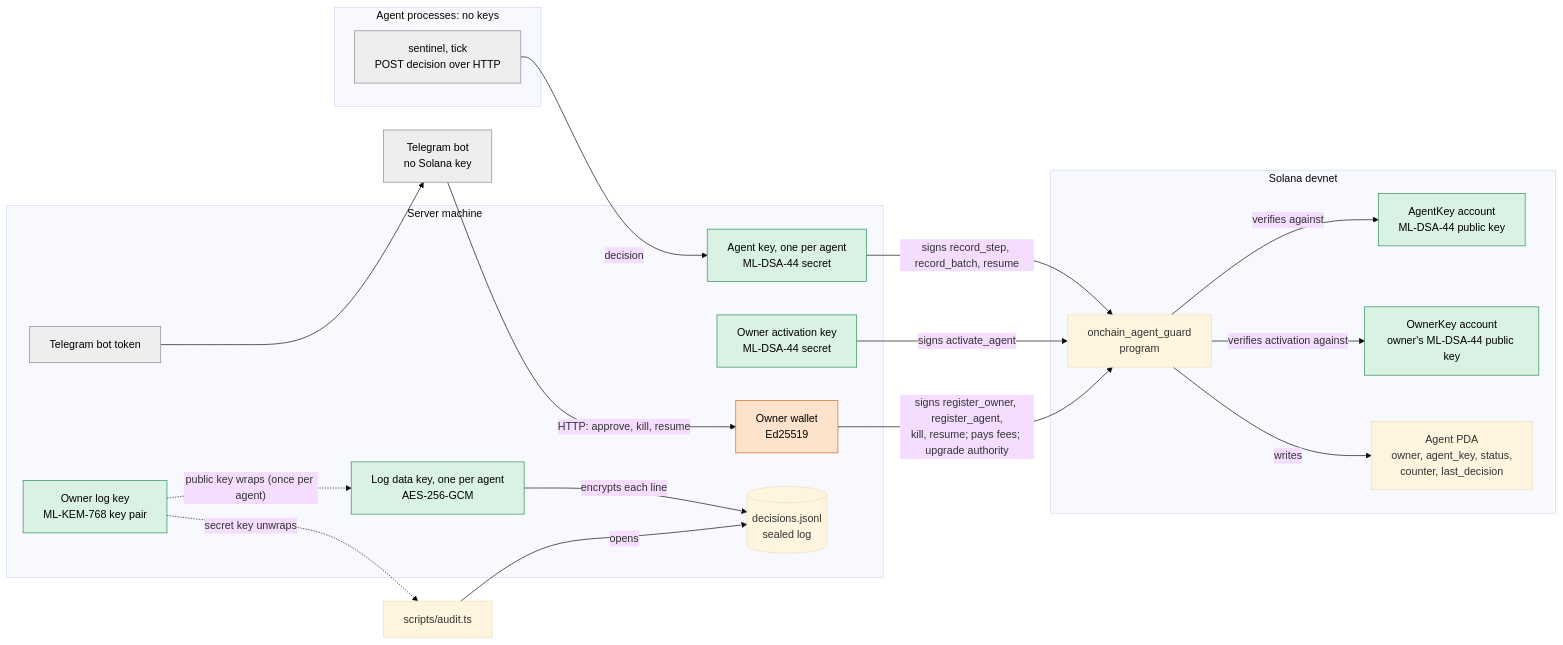
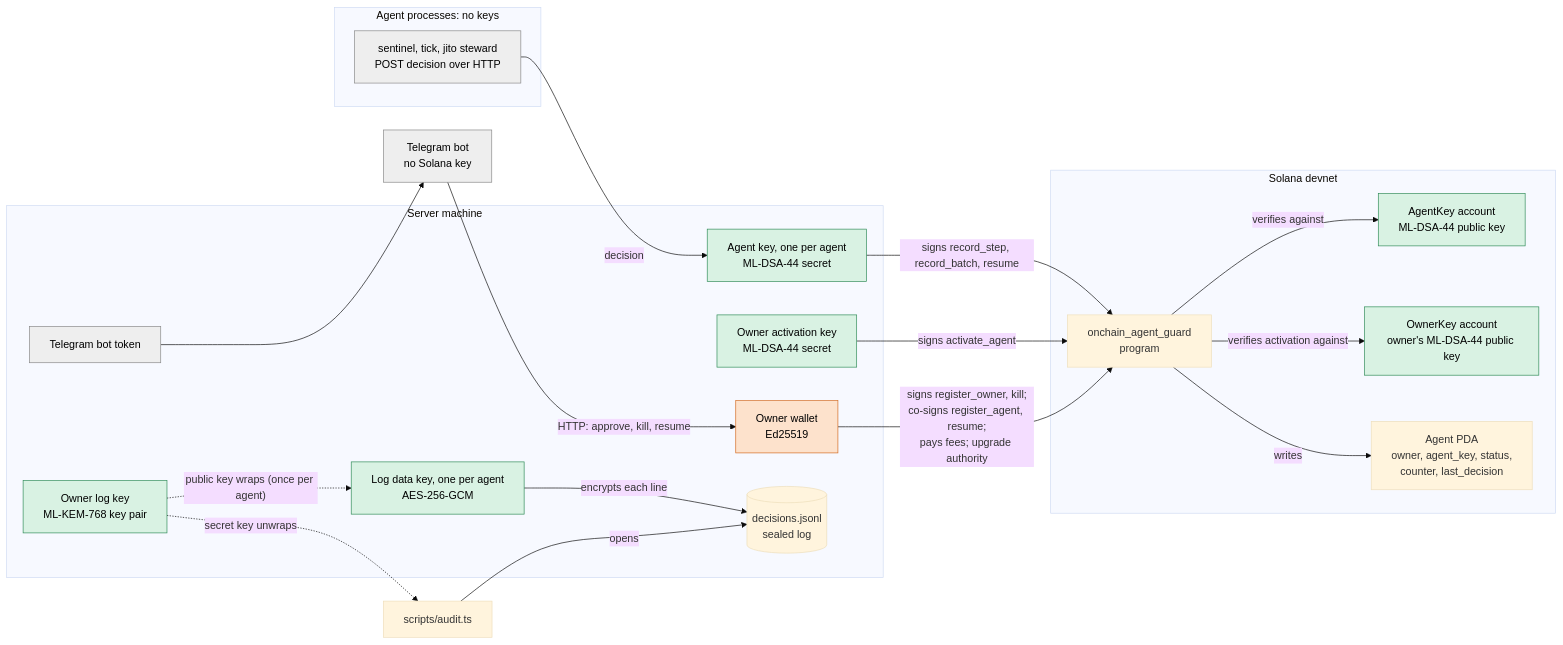
Before and after one commit to jakubGodula/Oberek: the diagram in spec/keys.md, drawn with Mermaid (base theme).

Commit message:
spec: klucze - diagram zgodny z tabela (portfel podpisuje register_owner i kill, wspolpodpisuje register_agent i resume) i z agentem jito

````diff
--- a/spec/keys.md
+++ b/spec/keys.md
@@ -20,47 +20,47 @@
 ```mermaid
 flowchart LR
     subgraph Agents["Agent processes: no keys"]
-        AP["sentinel, tick<br/>POST decision over HTTP"]
+        AP["sentinel, tick, jito steward<br/>POST decision over HTTP"]
     end
 
     subgraph Server["Server machine"]
         MLDSA["Agent key, one per agent<br/>ML-DSA-44 secret"]
         OWNERPQ["Owner activation key<br/>ML-DSA-44 secret"]
         WALLET["Owner wallet<br/>Ed25519"]
         DATAKEY["Log data key, one per agent<br/>AES-256-GCM"]
         KEM["Owner log key<br/>ML-KEM-768 key pair"]
         LOG[("decisions.jsonl<br/>sealed log")]
         TOKEN["Telegram bot token"]
     end
 
     subgraph Chain["Solana devnet"]
         PROG["onchain_agent_guard<br/>program"]
         AK["AgentKey account<br/>ML-DSA-44 public key"]
         OK["OwnerKey account<br/>owner's ML-DSA-44 public key"]
         AG["Agent PDA<br/>owner, agent_key, status,<br/>counter, last_decision"]
     end
 
     BOT["Telegram bot<br/>no Solana key"]
     AUDIT["scripts/audit.ts"]
 
     AP -->|decision| MLDSA
     MLDSA -->|"signs record_step, record_batch, resume"| PROG
     OWNERPQ -->|"signs activate_agent"| PROG
-    WALLET -->|"signs register_owner, register_agent,<br/>kill, resume; pays fees; upgrade authority"| PROG
+    WALLET -->|"signs register_owner, kill;<br/>co-signs register_agent, resume;<br/>pays fees; upgrade authority"| PROG
     PROG -->|verifies against| AK
     PROG -->|verifies activation against| OK
     PROG -->|writes| AG
     KEM -.->|"public key wraps (once per agent)"| DATAKEY
     DATAKEY -->|encrypts each line| LOG
     KEM -.->|"secret key unwraps"| AUDIT
     AUDIT -->|opens| LOG
     TOKEN --> BOT
     BOT -->|"HTTP: approve, kill, resume"| WALLET
 
     classDef pq fill:#d9f2e3,stroke:#2e8b57,color:#000
     classDef classic fill:#fde2cc,stroke:#d2691e,color:#000
     classDef other fill:#eeeeee,stroke:#888888,color:#000
     class MLDSA,OWNERPQ,KEM,DATAKEY,AK,OK pq
     class WALLET classic
     class TOKEN,BOT,AP other
 ```
````
